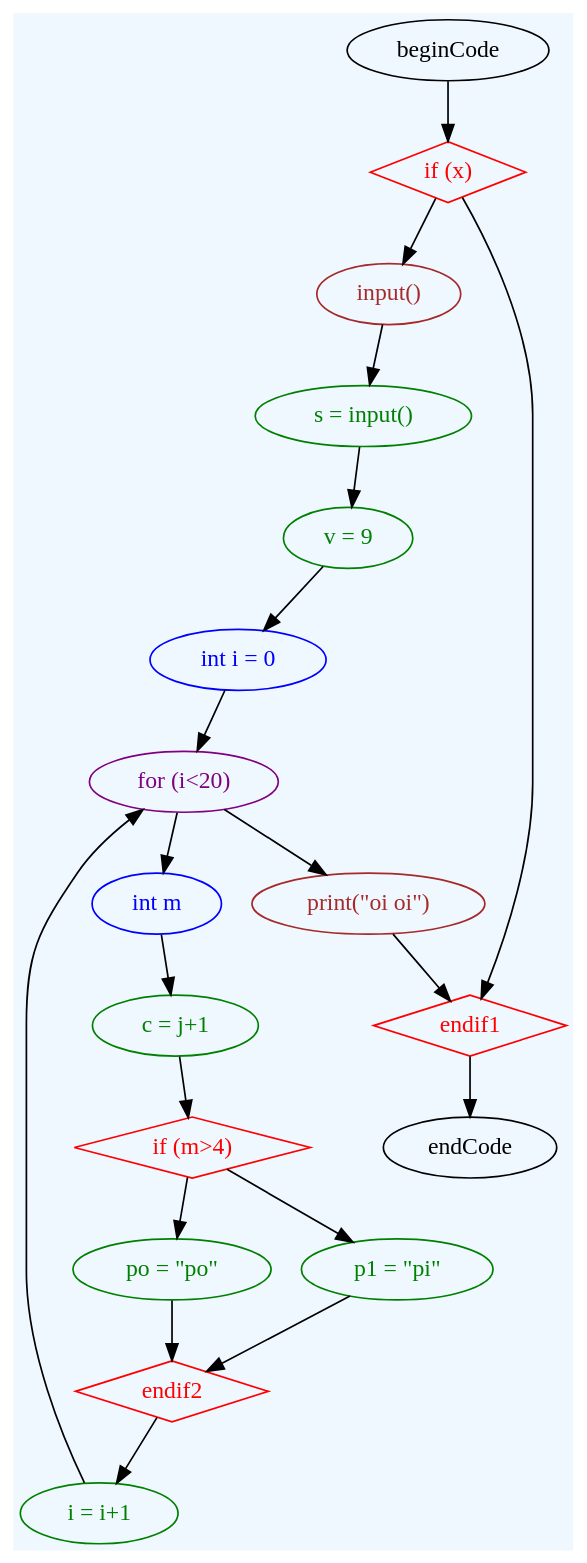
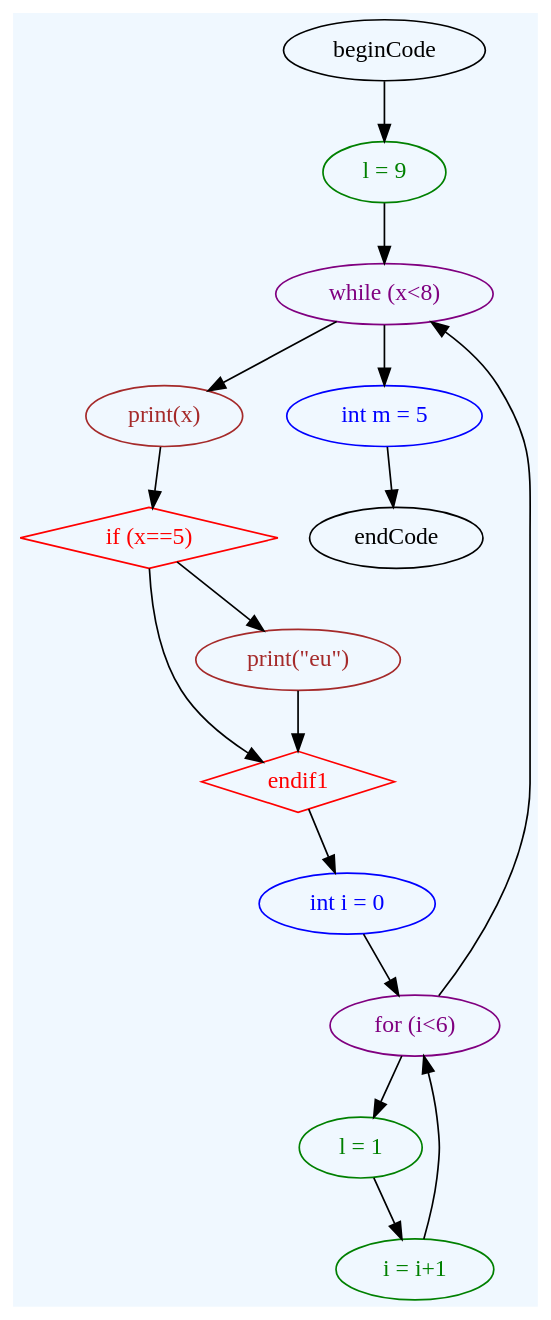
One commit to saracqueiros/EG22 changed the diagram in TP3/doctest-output/grammar.gv. Above: the diagram before and after it, drawn with Graphviz. The commit also changed 5 other files, not shown here.

```diff
--- a/TP3/doctest-output/grammar.gv
+++ b/TP3/doctest-output/grammar.gv
@@ -1,38 +1,30 @@
 digraph grammar {
 	graph [bgcolor=aliceblue rankdir=TB]
-	"if (x)" [color=red fontcolor=red shape=diamond]
-	beginCode -> "if (x)"
-	"input()" [color=brown fontcolor=brown]
-	"if (x)" -> "input()"
-	" s = input()" [color=green fontcolor=green]
-	"input()" -> " s = input()"
-	" v = 9" [color=green fontcolor=green]
-	" s = input()" -> " v = 9"
+	" l = 9" [color=green fontcolor=green]
+	beginCode -> " l = 9"
+	"while (x<8)" [color=purple fontcolor=purple]
+	" l = 9" -> "while (x<8)"
+	"print(x)" [color=brown fontcolor=brown]
+	"while (x<8)" -> "print(x)"
+	"if (x==5)" [color=red fontcolor=red shape=diamond]
+	"print(x)" -> "if (x==5)"
+	endif1 [color=red fontcolor=red shape=diamond]
+	"if (x==5)" -> endif1
+	"print(\"eu\")" [color=brown fontcolor=brown]
+	"if (x==5)" -> "print(\"eu\")"
+	endif1 [color=red fontcolor=red shape=diamond]
+	"print(\"eu\")" -> endif1
 	"int i = 0 " [color=blue fontcolor=blue]
-	" v = 9" -> "int i = 0 "
-	"for (i<20)" [color=purple fontcolor=purple]
-	"int i = 0 " -> "for (i<20)"
+	endif1 -> "int i = 0 "
+	"for (i<6)" [color=purple fontcolor=purple]
+	"int i = 0 " -> "for (i<6)"
 	" i = i+1" [color=green fontcolor=green]
-	" i = i+1" -> "for (i<20)"
-	"int m " [color=blue fontcolor=blue]
-	"for (i<20)" -> "int m "
-	" c = j+1" [color=green fontcolor=green]
-	"int m " -> " c = j+1"
-	"if (m>4)" [color=red fontcolor=red shape=diamond]
-	" c = j+1" -> "if (m>4)"
-	" po = \"po\"" [color=green fontcolor=green]
-	"if (m>4)" -> " po = \"po\""
-	endif2 [color=red fontcolor=red shape=diamond]
-	" po = \"po\"" -> endif2
-	" p1 = \"pi\"" [color=green fontcolor=green]
-	"if (m>4)" -> " p1 = \"pi\""
-	endif2 [color=red fontcolor=red shape=diamond]
-	" p1 = \"pi\"" -> endif2
-	endif2 -> " i = i+1"
-	"print(\"oi oi\")" [color=brown fontcolor=brown]
-	"for (i<20)" -> "print(\"oi oi\")"
-	endif1 [color=red fontcolor=red shape=diamond]
-	"print(\"oi oi\")" -> endif1
-	"if (x)" -> endif1
-	endif1 -> endCode
+	" i = i+1" -> "for (i<6)"
+	" l = 1" [color=green fontcolor=green]
+	"for (i<6)" -> " l = 1"
+	" l = 1" -> " i = i+1"
+	"for (i<6)" -> "while (x<8)"
+	"int m = 5 " [color=blue fontcolor=blue]
+	"while (x<8)" -> "int m = 5 "
+	"int m = 5 " -> endCode
 }
```
